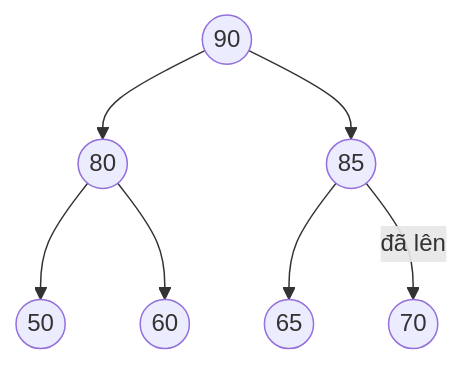
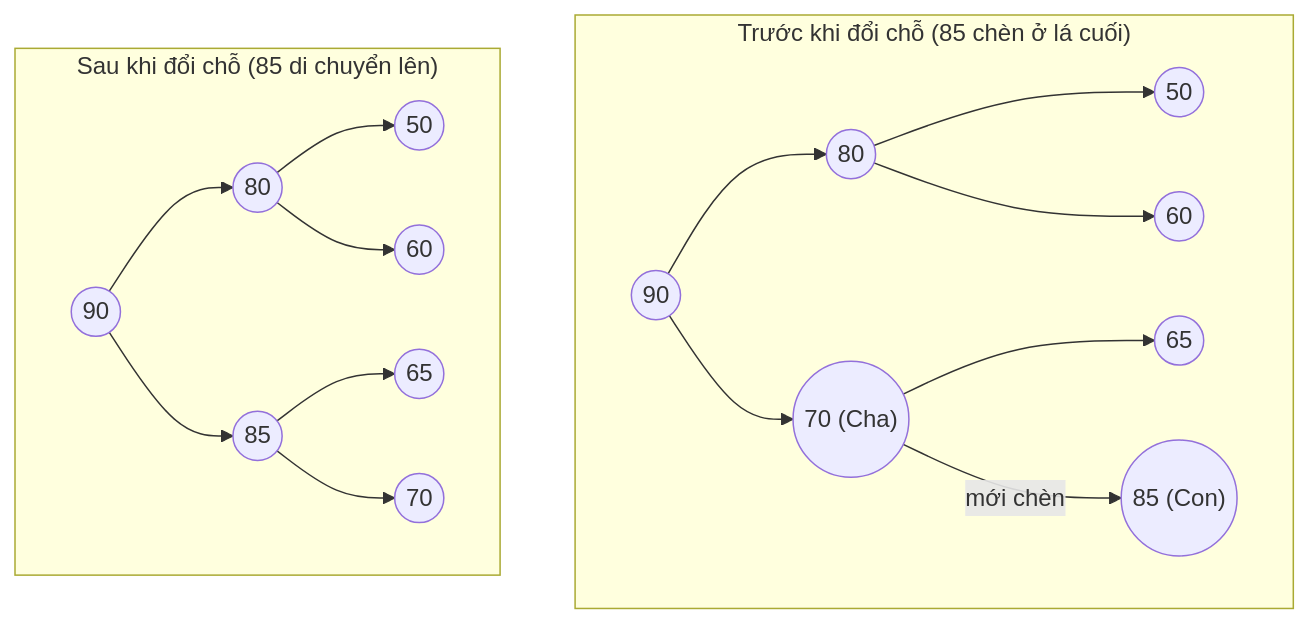
Before and after one commit to FPTOJ-OJ/fptoj_wiki: the second of 3 diagrams in docs/lessons/heap.md, drawn with Mermaid. The commit also changed other lines of this file and 377 other files, not shown here.

````diff
--- a/docs/lessons/heap.md
+++ b/docs/lessons/heap.md
@@ -86,9 +109,19 @@
 ```mermaid
 graph TD
-    90(("90")) --> 80(("80"))
-    90(("90")) --> 85(("85"))
-    80(("80")) --> 50(("50"))
-    80(("80")) --> 60(("60"))
-    85(("85")) --> 65(("65"))
-    85(("85")) -->|"đã lên"| 70(("70"))
+    subgraph Truoc ["Trước khi đổi chỗ (85 chèn ở lá cuối)"]
+        t1(("90")) --> t2(("80"))
+        t1 --> t3(("70 (Cha)"))
+        t2 --> t4(("50"))
+        t2 --> t5(("60"))
+        t3 --> t6(("65"))
+        t3 -->|"mới chèn"| t7(("85 (Con)"))
+    end
+    subgraph Sau ["Sau khi đổi chỗ (85 di chuyển lên)"]
+        s1(("90")) --> s2(("80"))
+        s1 --> s3(("85"))
+        s2 --> s4(("50"))
+        s2 --> s5(("60"))
+        s3 --> s6(("65"))
+        s3 --> s7(("70"))
+    end
 ```
````
